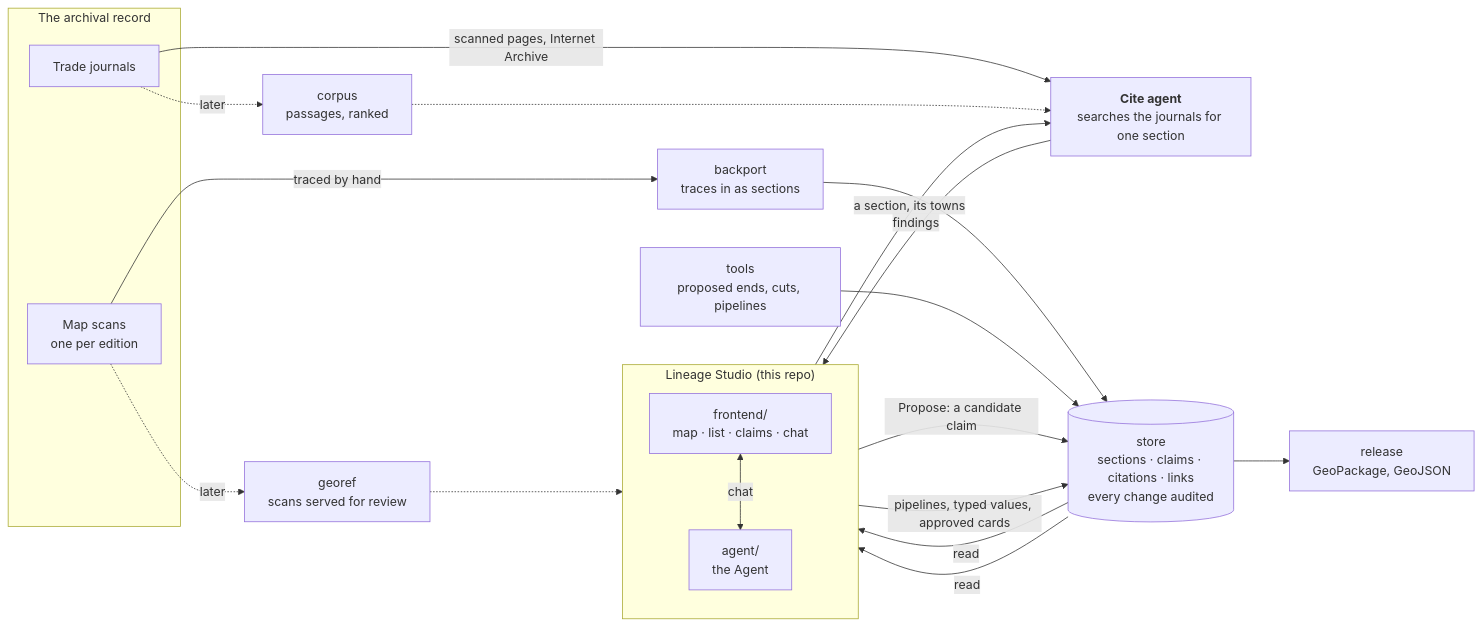
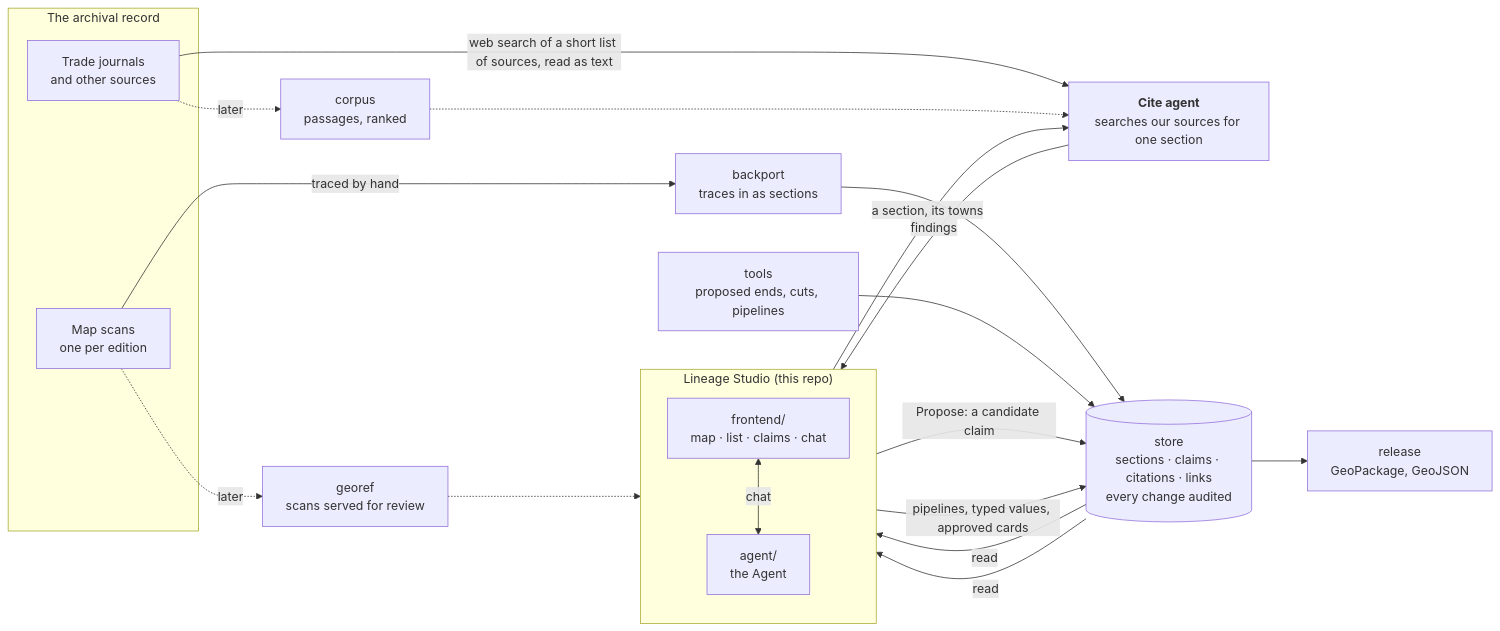
Before and after one commit to line-age/studio: the first of 2 diagrams in README.md, drawn with Mermaid. The commit also changed other lines of this file and 31 other files, not shown here.

First line of the commit message:
The Agent shows how sure cite is: a confidence on each finding, leads, and what was searched

````diff
--- a/README.md
+++ b/README.md
@@ -45,37 +45,37 @@
 ```mermaid
 flowchart LR
     subgraph record["The archival record"]
         maps["Map scans<br/>one per edition"]
-        press["Trade journals"]
+        press["Trade journals<br/>and other sources"]
     end
 
     maps -->|traced by hand| backport["backport<br/>traces in as sections"]
     maps -.->|later| georef["georef<br/>scans served for review"]
-    press -->|"scanned pages, Internet Archive"| citeagent
+    press -->|"web search of a short list of sources, read as text"| citeagent
     press -.->|later| corpus["corpus<br/>passages, ranked"]
     corpus -.-> citeagent
 
-    citeagent["<b>Cite agent</b><br/>searches the journals for one section"]
+    citeagent["<b>Cite agent</b><br/>searches our sources for one section"]
 
     backport --> store
     tools["tools<br/>proposed ends, cuts, pipelines"] --> store
 
     store[("store<br/>sections · claims · citations · links<br/>every change audited")]
 
     subgraph studio["Lineage Studio (this repo)"]
         direction TB
         app["frontend/<br/>map · list · claims · chat"]
         agent["agent/<br/>the Agent"]
         app <-->|chat| agent
     end
 
     store -->|read| app
     store -->|read| agent
     agent -->|"a section, its towns"| citeagent
     citeagent -->|findings| agent
     agent -->|"Propose: a candidate claim"| store
     app -->|"pipelines, typed values, approved cards"| store
     store --> release["release<br/>GeoPackage, GeoJSON"]
 
     georef -.-> app
 ```
````
